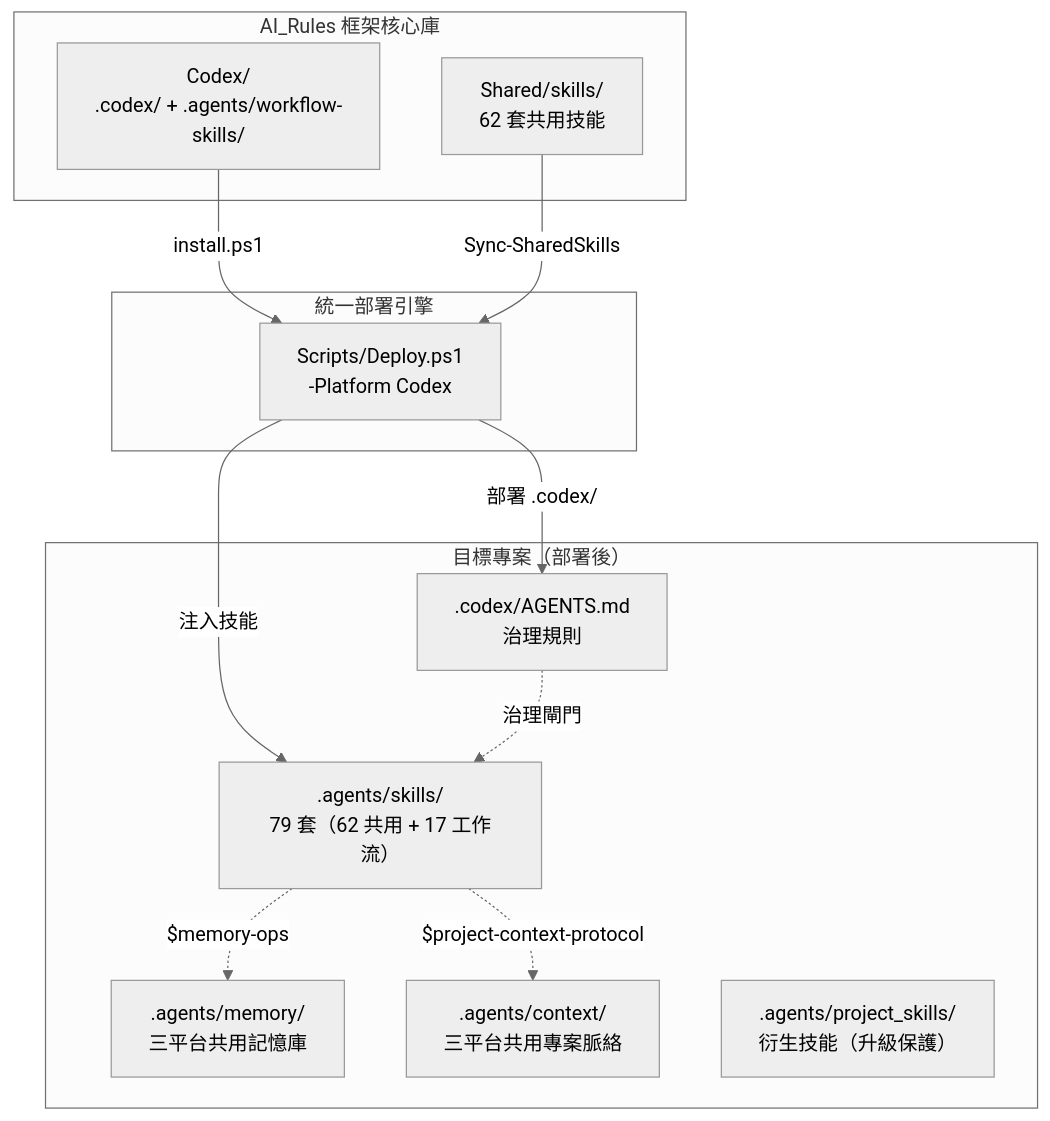
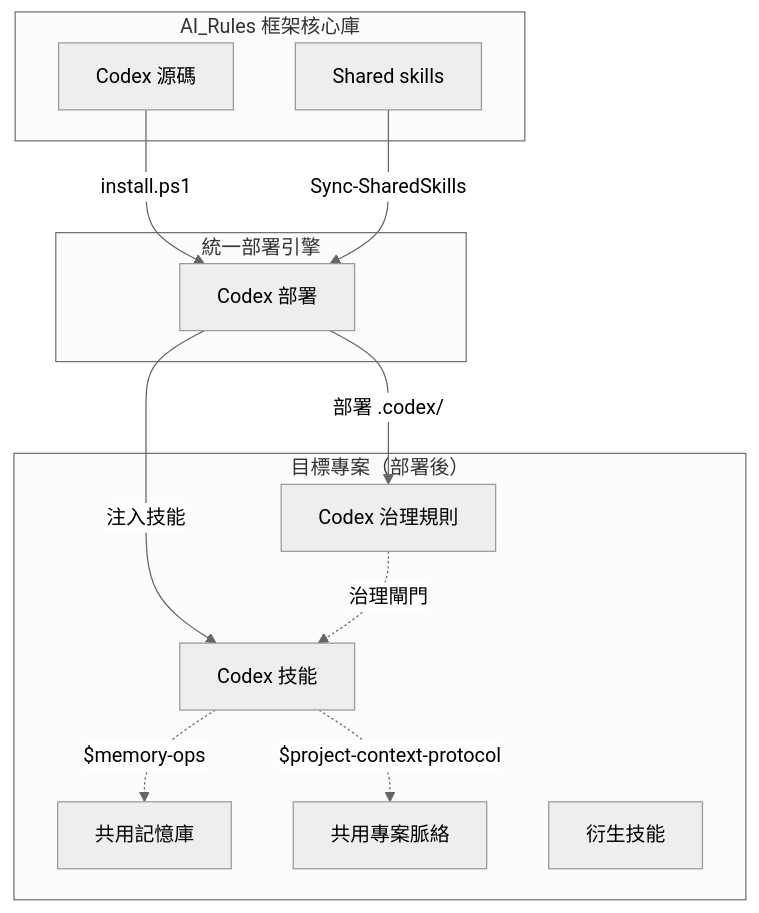
Before and after one commit to Kunshao1117/AI_Rules: the first of 2 diagrams in Codex/README.md, drawn with Mermaid (neutral theme). The commit also changed other lines of this file and 2 other files, not shown here.

Commit message:
釐清 Codex 團隊原生治理文件

````diff
--- a/Codex/README.md
+++ b/Codex/README.md
@@ -80,27 +109,27 @@
 ```mermaid
 graph TB
     subgraph "AI_Rules 框架核心庫"
-        SRC["Codex/<br/>.codex/ + .agents/workflow-skills/"]
-        SH["Shared/skills/<br/>62 套共用技能"]
+        SRC["Codex 源碼"]
+        SH["Shared skills"]
     end
 
     subgraph "統一部署引擎"
-        DEPLOY["Scripts/Deploy.ps1<br/>-Platform Codex"]
+        DEPLOY["Codex 部署"]
     end
 
     subgraph "目標專案（部署後）"
-        CODEX[".codex/AGENTS.md<br/>治理規則"]
-        SKILLS[".agents/skills/<br/>79 套（62 共用 + 17 工作流）"]
-        MEM[".agents/memory/<br/>三平台共用記憶庫"]
-        CTX[".agents/context/<br/>三平台共用專案脈絡"]
-        PROJ[".agents/project_skills/<br/>衍生技能（升級保護）"]
+        CODEX["Codex 治理規則"]
+        SKILLS["Codex 技能"]
+        MEM["共用記憶庫"]
+        CTX["共用專案脈絡"]
+        PROJ["衍生技能"]
     end
 
     SRC -->|"install.ps1"| DEPLOY
     SH -->|"Sync-SharedSkills"| DEPLOY
     DEPLOY -->|"部署 .codex/"| CODEX
     DEPLOY -->|"注入技能"| SKILLS
     SKILLS -.->|"$memory-ops"| MEM
     SKILLS -.->|"$project-context-protocol"| CTX
     CODEX -.->|"治理閘門"| SKILLS
 ```
````
